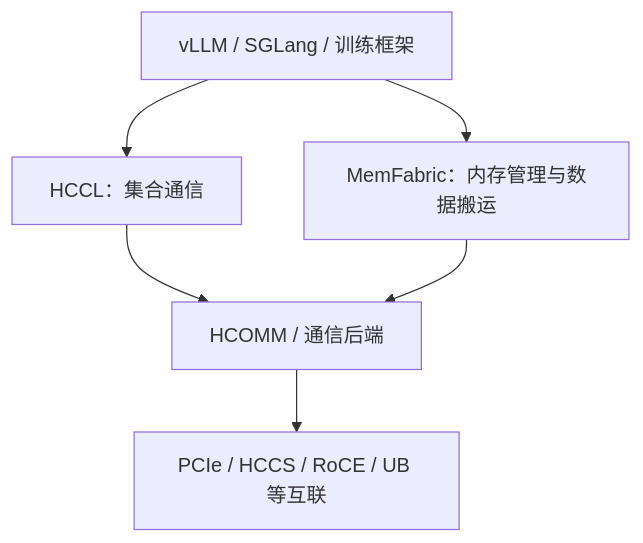
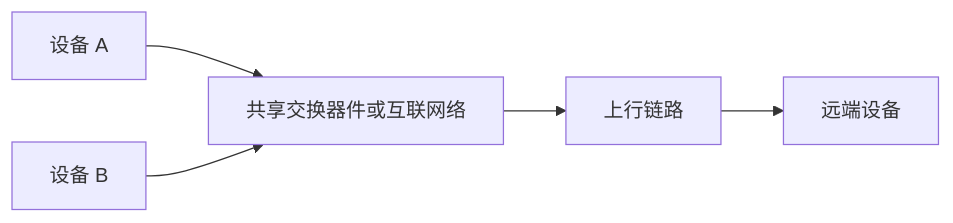
Before and after one commit to nbbb24/KeyNotes: the diagram in docs/zh/infra/interconnects.md, drawn with Mermaid. The commit also changed other lines of this file and 157 other files, not shown here.

````diff
--- a/docs/zh/infra/interconnects.md
+++ b/docs/zh/infra/interconnects.md
@@ -55,14 +22,7 @@
 ```mermaid
-flowchart TB
-    APP[vLLM / SGLang / 训练框架]
-    HCCL[HCCL：集合通信]
-    MF[MemFabric：内存管理与数据搬运]
-    HCOMM[HCOMM / 通信后端]
-    LINK[PCIe / HCCS / RoCE / UB 等互联]
-
-    APP --> HCCL
-    APP --> MF
-    HCCL --> HCOMM
-    MF --> HCOMM
-    HCOMM --> LINK
+flowchart LR
+    A[设备 A] --> S[共享交换器件或互联网络]
+    B[设备 B] --> S
+    S --> U[上行链路]
+    U --> R[远端设备]
 ```
````
